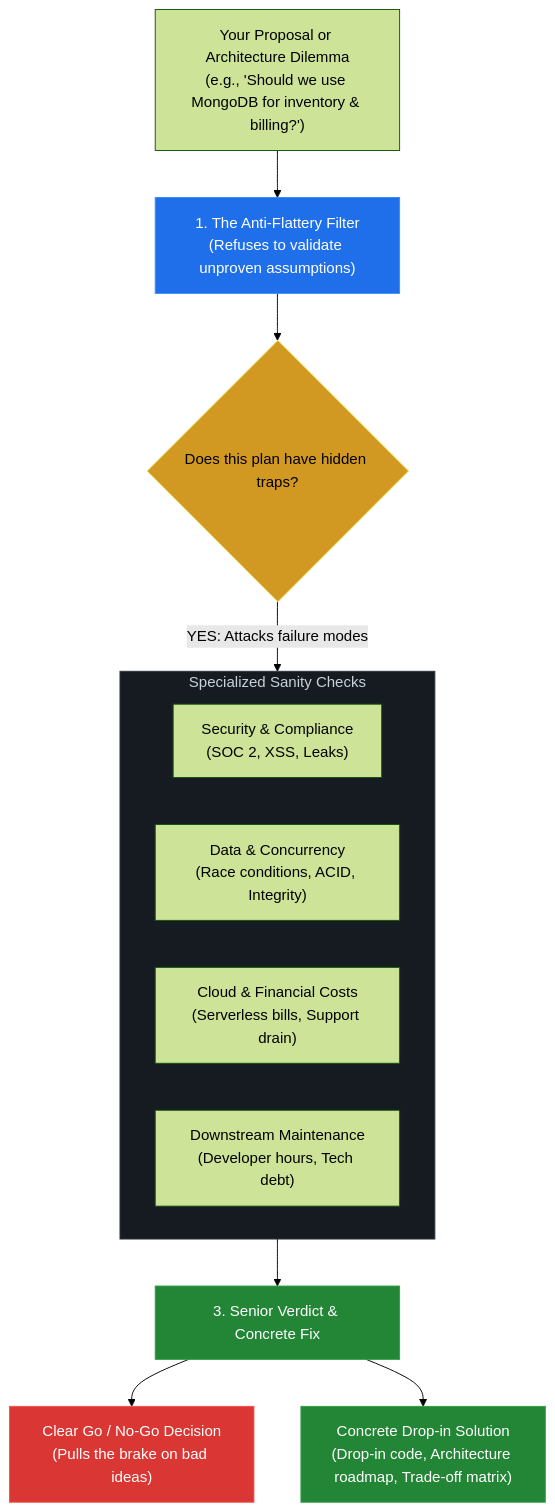
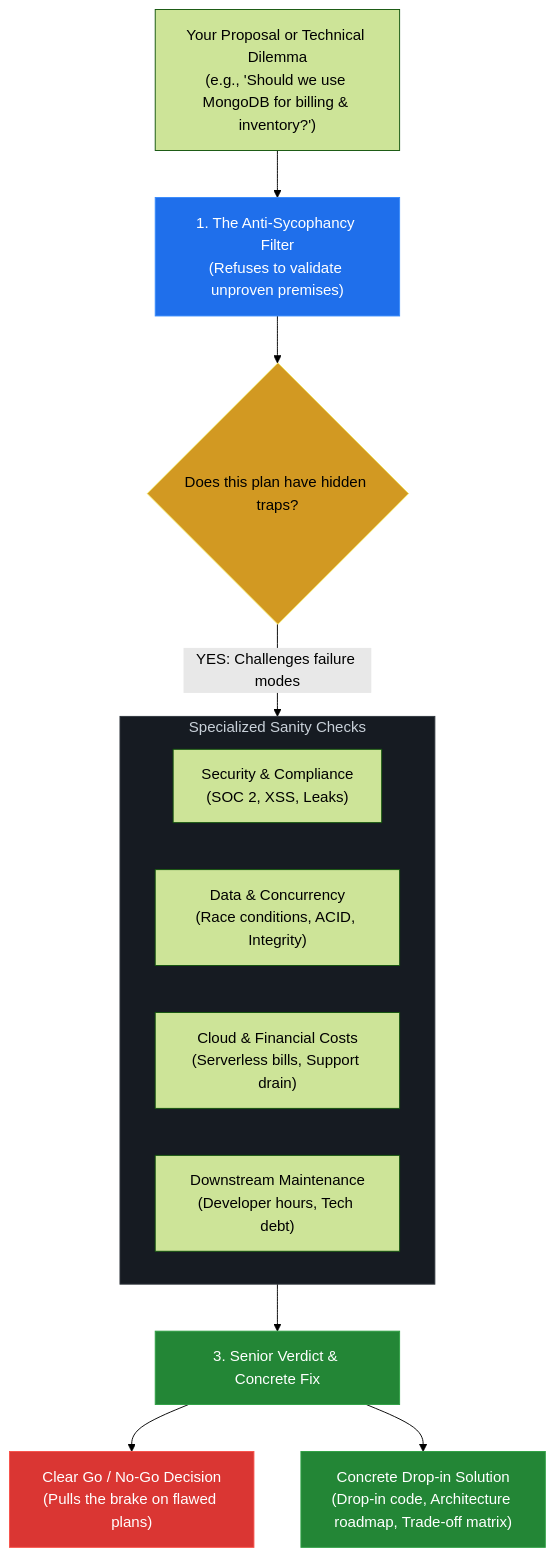
Before and after one commit to SvayMonirath/second-opionion: the second of 2 diagrams in README.md, drawn with Mermaid (forest theme). The commit also changed other lines of this file and 5 other files, not shown here.

Commit message:
docs: add real 10-task empirical benchmark results and high-res chart

````diff
--- a/README.md
+++ b/README.md
@@ -54,27 +71,27 @@
 ```mermaid
 flowchart TD
-    A["Your Proposal or Architecture Dilemma<br/>(e.g., 'Should we use MongoDB for inventory & billing?')"] --> B["1. The Anti-Flattery Filter<br/>(Refuses to validate unproven assumptions)"]
+    A["Your Proposal or Technical Dilemma<br/>(e.g., 'Should we use MongoDB for billing & inventory?')"] --> B["1. The Anti-Sycophancy Filter<br/>(Refuses to validate unproven premises)"]
     
     B --> C{"Does this plan have hidden traps?"}
     
-    C -- "YES: Attacks failure modes" --> D["2. Adversarial Analysis Engine"]
+    C -- "YES: Challenges failure modes" --> D["2. Adversarial Review Engine"]
     
     subgraph D ["Specialized Sanity Checks"]
         D1["Security & Compliance<br/>(SOC 2, XSS, Leaks)"]
         D2["Data & Concurrency<br/>(Race conditions, ACID, Integrity)"]
         D3["Cloud & Financial Costs<br/>(Serverless bills, Support drain)"]
         D4["Downstream Maintenance<br/>(Developer hours, Tech debt)"]
     end
     
     D --> E["3. Senior Verdict & Concrete Fix"]
     
-    E --> F["Clear Go / No-Go Decision<br/>(Pulls the brake on bad ideas)"]
+    E --> F["Clear Go / No-Go Decision<br/>(Pulls the brake on flawed plans)"]
     E --> G["Concrete Drop-in Solution<br/>(Drop-in code, Architecture roadmap, Trade-off matrix)"]
     
     style B fill:#1f6feb,stroke:#388bfd,color:#ffffff
     style C fill:#d29922,stroke:#f1e05a,color:#000000
     style D fill:#161b22,stroke:#30363d,color:#c9d1d9
     style E fill:#238636,stroke:#2ea043,color:#ffffff
     style F fill:#da3633,stroke:#f85149,color:#ffffff
     style G fill:#238636,stroke:#2ea043,color:#ffffff
 ```
````
